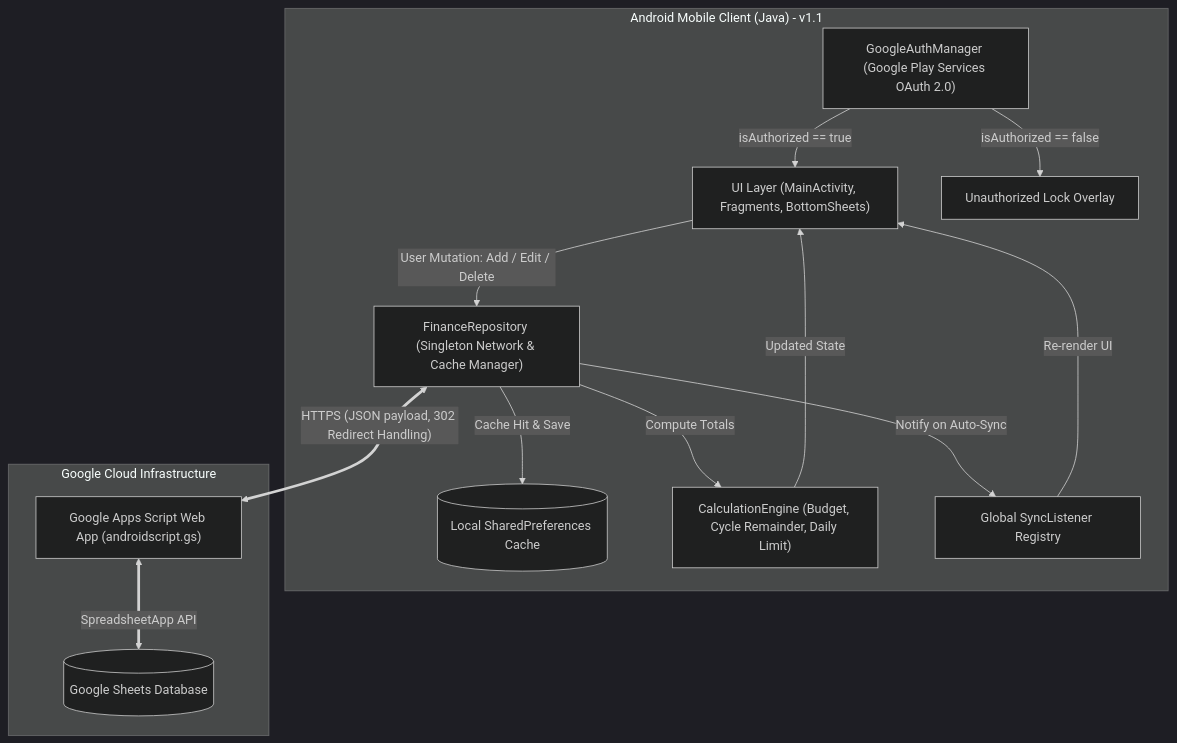
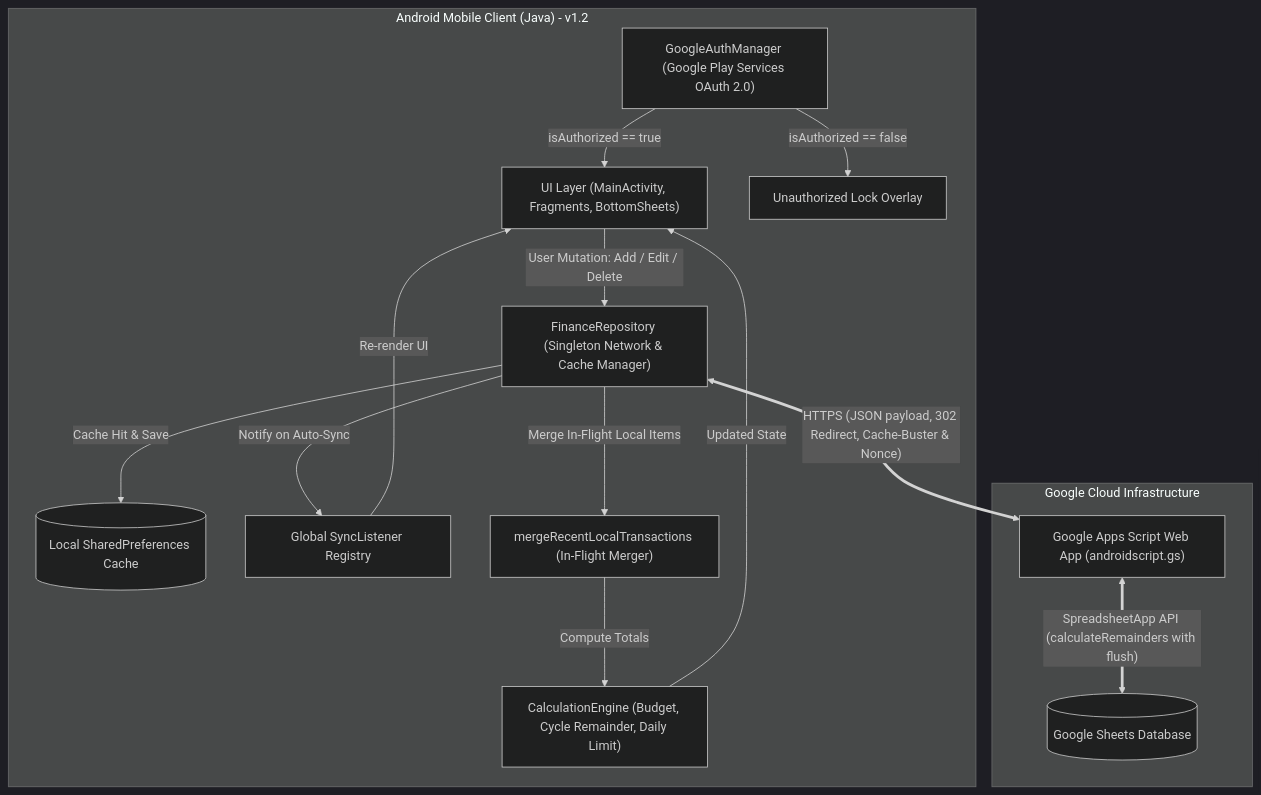
One commit to sayan05052000/Finance-Manager changed the first of 3 diagrams in README.md. Above: the diagram before and after it, drawn with Mermaid (dark theme). The commit also changed other lines of this file and 2 other files, not shown here.

````diff
--- a/README.md
+++ b/README.md
@@ -332,28 +374,30 @@
 ```mermaid
 flowchart TD
-    subgraph MobileApp["Android Mobile Client (Java) - v1.1"]
+    subgraph MobileApp["Android Mobile Client (Java) - v1.2"]
         Auth["GoogleAuthManager (Google Play Services OAuth 2.0)"]
         UI["UI Layer (MainActivity, Fragments, BottomSheets)"]
         Repo["FinanceRepository (Singleton Network & Cache Manager)"]
         Cache[("Local SharedPreferences Cache")]
         Engine["CalculationEngine (Budget, Cycle Remainder, Daily Limit)"]
         SyncListener["Global SyncListener Registry"]
+        Optimistic["mergeRecentLocalTransactions (In-Flight Merger)"]
 
         Auth -->|isAuthorized == true| UI
         Auth -->|isAuthorized == false| Lock["Unauthorized Lock Overlay"]
         UI -->|User Mutation: Add / Edit / Delete| Repo
         Repo -->|Cache Hit & Save| Cache
-        Repo -->|Compute Totals| Engine
+        Repo -->|Merge In-Flight Local Items| Optimistic
+        Optimistic -->|Compute Totals| Engine
         Engine -->|Updated State| UI
         Repo -->|Notify on Auto-Sync| SyncListener
         SyncListener -->|Re-render UI| UI
     end
 
     subgraph Backend["Google Cloud Infrastructure"]
         GAS["Google Apps Script Web App (androidscript.gs)"]
         Sheet[("Google Sheets Database")]
 
-        Repo <==>|"HTTPS (JSON payload, 302 Redirect Handling)"| GAS
-        GAS <==>|"SpreadsheetApp API"| Sheet
+        Repo <==>|"HTTPS (JSON payload, 302 Redirect, Cache-Buster & Nonce)"| GAS
+        GAS <==>|"SpreadsheetApp API (calculateRemainders with flush)"| Sheet
     end
 ```
````
